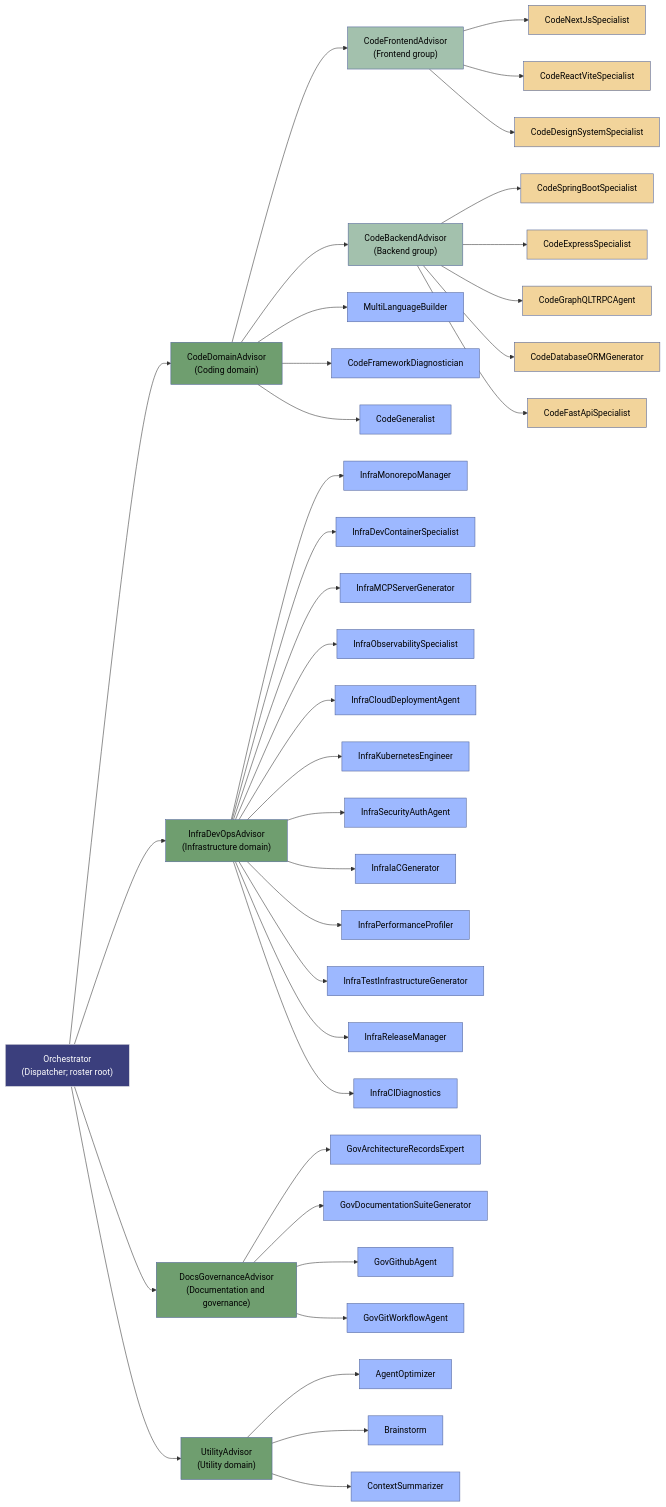
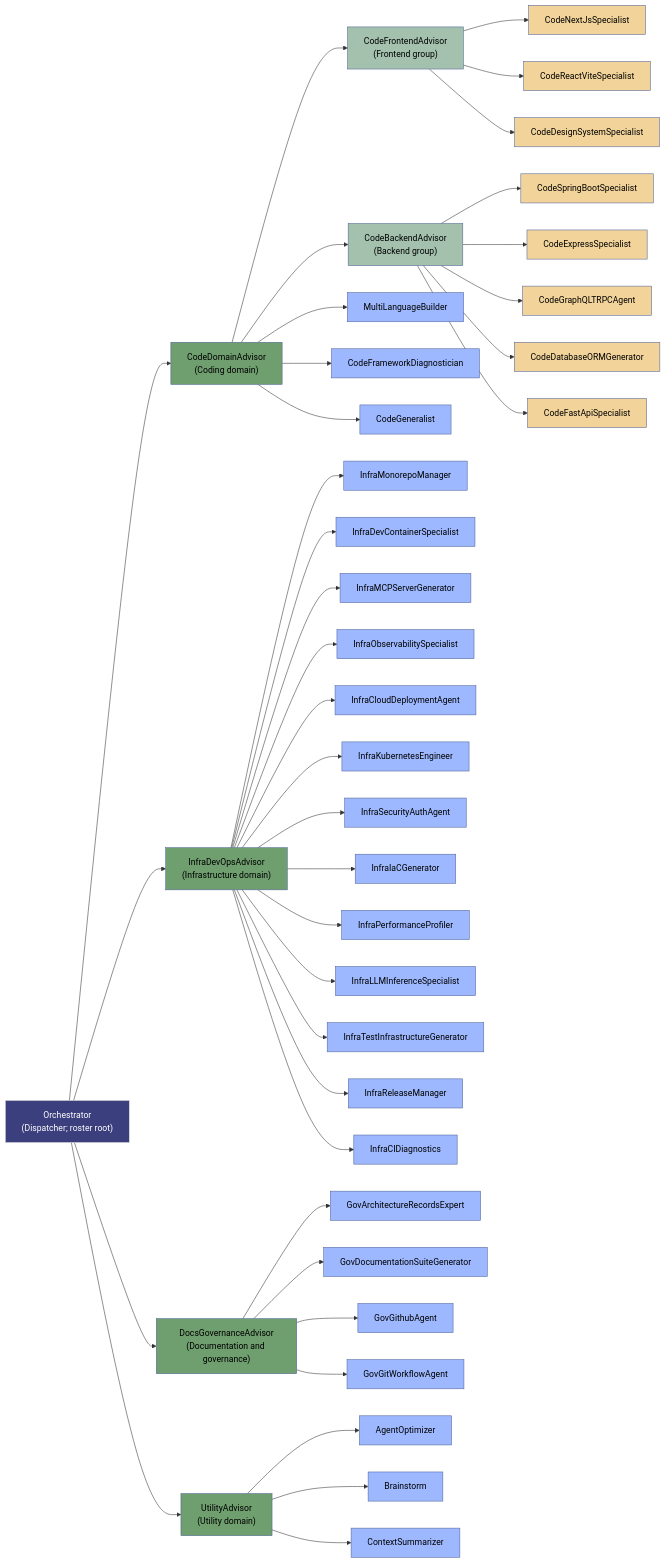
The second of 2 diagrams in README.md (UtopikPrompt/agents), drawn with Mermaid before and after one commit. The commit also changed other lines of this file and 33 other files, not shown here.

First line of the commit message:
feat: Enhance agent roster with new InfraLLMInferenceSpecialist and improve validation policies

````diff
--- a/README.md
+++ b/README.md
@@ -67,57 +80,58 @@
 ```mermaid
 flowchart LR
     O["Orchestrator<br/>(Dispatcher; roster root)"]
     O --> CodeDomainAdvisor["CodeDomainAdvisor<br/>(Coding domain)"]
     O --> InfraDevOpsAdvisor["InfraDevOpsAdvisor<br/>(Infrastructure domain)"]
     O --> DocsGovernanceAdvisor["DocsGovernanceAdvisor<br/>(Documentation and governance)"]
     O --> UtilityAdvisor["UtilityAdvisor<br/>(Utility domain)"]
     CodeDomainAdvisor --> CodeFrontendAdvisor["CodeFrontendAdvisor<br/>(Frontend group)"]
     CodeDomainAdvisor --> CodeBackendAdvisor["CodeBackendAdvisor<br/>(Backend group)"]
     CodeDomainAdvisor --> MultiLanguageBuilder["MultiLanguageBuilder"]
     CodeDomainAdvisor --> CodeFrameworkDiagnostician["CodeFrameworkDiagnostician"]
     CodeDomainAdvisor --> CodeGeneralist["CodeGeneralist"]
 
     CodeFrontendAdvisor --> CodeNextJsSpecialist["CodeNextJsSpecialist"]
     CodeFrontendAdvisor --> CodeReactViteSpecialist["CodeReactViteSpecialist"]
     CodeFrontendAdvisor --> CodeDesignSystemSpecialist["CodeDesignSystemSpecialist"]
 
     CodeBackendAdvisor --> CodeSpringBootSpecialist["CodeSpringBootSpecialist"]
     CodeBackendAdvisor --> CodeExpressSpecialist["CodeExpressSpecialist"]
     CodeBackendAdvisor --> CodeGraphQLTRPCAgent["CodeGraphQLTRPCAgent"]
     CodeBackendAdvisor --> CodeDatabaseORMGenerator["CodeDatabaseORMGenerator"]
     CodeBackendAdvisor --> CodeFastApiSpecialist["CodeFastApiSpecialist"]
 
     InfraDevOpsAdvisor --> InfraMonorepoManager["InfraMonorepoManager"]
     InfraDevOpsAdvisor --> InfraDevContainerSpecialist["InfraDevContainerSpecialist"]
     InfraDevOpsAdvisor --> InfraMCPServerGenerator["InfraMCPServerGenerator"]
     InfraDevOpsAdvisor --> InfraObservabilitySpecialist["InfraObservabilitySpecialist"]
     InfraDevOpsAdvisor --> InfraCloudDeploymentAgent["InfraCloudDeploymentAgent"]
     InfraDevOpsAdvisor --> InfraKubernetesEngineer["InfraKubernetesEngineer"]
     InfraDevOpsAdvisor --> InfraSecurityAuthAgent["InfraSecurityAuthAgent"]
     InfraDevOpsAdvisor --> InfraIaCGenerator["InfraIaCGenerator"]
     InfraDevOpsAdvisor --> InfraPerformanceProfiler["InfraPerformanceProfiler"]
+    InfraDevOpsAdvisor --> InfraLLMInferenceSpecialist["InfraLLMInferenceSpecialist"]
     InfraDevOpsAdvisor --> InfraTestInfrastructureGenerator["InfraTestInfrastructureGenerator"]
     InfraDevOpsAdvisor --> InfraReleaseManager["InfraReleaseManager"]
     InfraDevOpsAdvisor --> InfraCIDiagnostics["InfraCIDiagnostics"]
 
     DocsGovernanceAdvisor --> GovArchitectureRecordsExpert["GovArchitectureRecordsExpert"]
     DocsGovernanceAdvisor --> GovDocumentationSuiteGenerator["GovDocumentationSuiteGenerator"]
     DocsGovernanceAdvisor --> GovGithubAgent["GovGithubAgent"]
     DocsGovernanceAdvisor --> GovGitWorkflowAgent["GovGitWorkflowAgent"]
 
     UtilityAdvisor --> AgentOptimizer["AgentOptimizer"]
     UtilityAdvisor --> Brainstorm["Brainstorm"]
     UtilityAdvisor --> ContextSummarizer["ContextSummarizer"]
 
     classDef hub fill:#3b3f7d,stroke:#e0e0e0,color:#fff;
     classDef domainAdvisor fill:#6f9e6f,stroke:#516399,color:#000;
     classDef subdomainAdvisor fill:#a3c1ad,stroke:#516399,color:#000;
     classDef worker fill:#9db8ff,stroke:#516399,color:#000;
     classDef frameworkWorker fill:#f2d49b,stroke:#516399,color:#000;
     
     class O hub;
     class CodeDomainAdvisor,InfraDevOpsAdvisor,DocsGovernanceAdvisor,UtilityAdvisor domainAdvisor;
     class CodeFrontendAdvisor,CodeBackendAdvisor subdomainAdvisor;
     class CodeNextJsSpecialist,CodeReactViteSpecialist,CodeGraphQLTRPCAgent,CodeFastApiSpecialist,CodeExpressSpecialist,CodeSpringBootSpecialist,CodeDatabaseORMGenerator,CodeDesignSystemSpecialist frameworkWorker;
-    class AgentOptimizer,Brainstorm,ContextSummarizer,CodeGeneralist,CodeFrameworkDiagnostician,MultiLanguageBuilder,InfraObservabilitySpecialist,InfraMonorepoManager,InfraDevContainerSpecialist,InfraMCPServerGenerator,InfraCloudDeploymentAgent,InfraKubernetesEngineer,InfraSecurityAuthAgent,InfraIaCGenerator,InfraPerformanceProfiler,InfraTestInfrastructureGenerator,InfraReleaseManager,InfraCIDiagnostics,GovArchitectureRecordsExpert,GovDocumentationSuiteGenerator,GovGithubAgent,GovGitWorkflowAgent worker;
+    class AgentOptimizer,Brainstorm,ContextSummarizer,CodeGeneralist,CodeFrameworkDiagnostician,MultiLanguageBuilder,InfraObservabilitySpecialist,InfraMonorepoManager,InfraDevContainerSpecialist,InfraMCPServerGenerator,InfraCloudDeploymentAgent,InfraKubernetesEngineer,InfraSecurityAuthAgent,InfraIaCGenerator,InfraPerformanceProfiler,InfraLLMInferenceSpecialist,InfraTestInfrastructureGenerator,InfraReleaseManager,InfraCIDiagnostics,GovArchitectureRecordsExpert,GovDocumentationSuiteGenerator,GovGithubAgent,GovGitWorkflowAgent worker;
 ```
````
